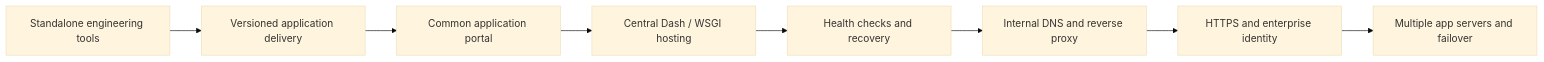
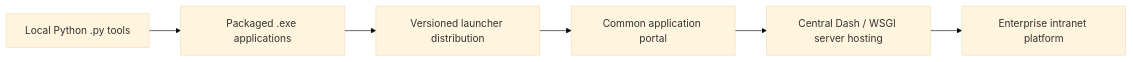
The first of 12 diagrams in docs/PLATFORM_ARCHITECTURE_EVOLUTION.md (4sy8zwp9hz-netizen/manufacturing-software-portfolio), drawn with Mermaid (base theme) before and after one commit. The commit also changed other lines of this file, not shown here.

Commit message:
Refine platform evolution from local scripts to server hosting

````diff
--- a/docs/PLATFORM_ARCHITECTURE_EVOLUTION.md
+++ b/docs/PLATFORM_ARCHITECTURE_EVOLUTION.md
@@ -15,10 +20,8 @@
 ```mermaid
 flowchart LR
-    A[Standalone engineering tools] --> B[Versioned application delivery]
-    B --> C[Common application portal]
-    C --> D[Central Dash / WSGI hosting]
-    D --> E[Health checks and recovery]
-    E --> F[Internal DNS and reverse proxy]
-    F --> G[HTTPS and enterprise identity]
-    G --> H[Multiple app servers and failover]
+    A[Local Python .py tools] --> B[Packaged .exe applications]
+    B --> C[Versioned launcher distribution]
+    C --> D[Common application portal]
+    D --> E[Central Dash / WSGI server hosting]
+    E --> F[Enterprise intranet platform]
 ```
````
